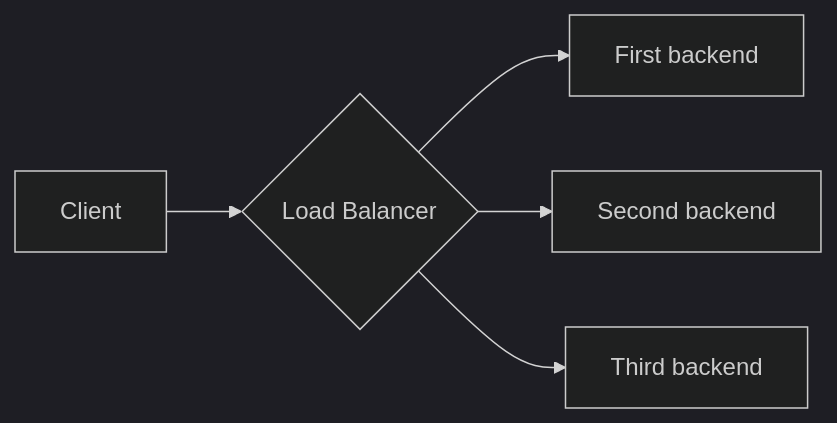
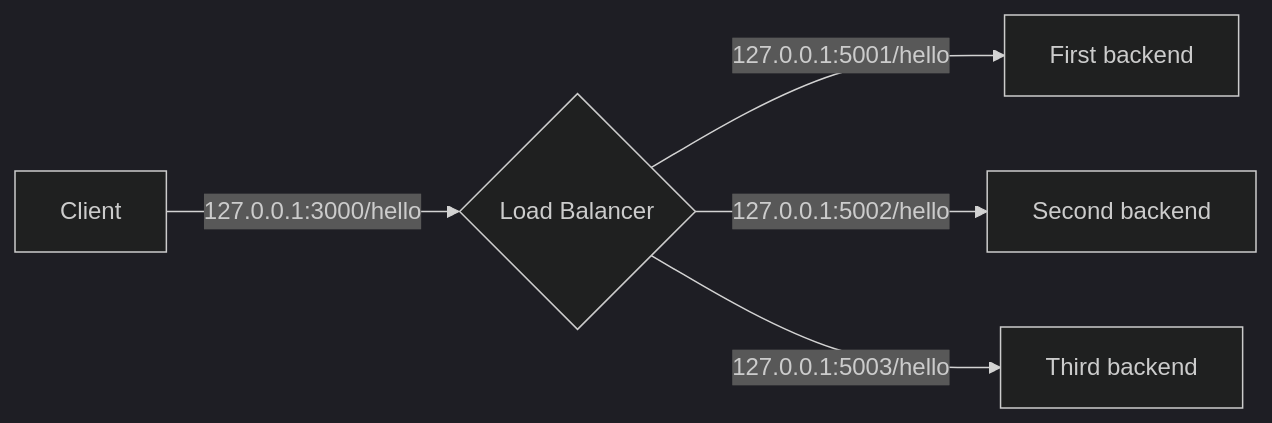
The diagram in example/README.md (natae/golang_LoadBalancer), drawn with Mermaid (dark theme) before and after one commit.

````diff
--- a/example/README.md
+++ b/example/README.md
@@ -3,7 +3,7 @@
 ```mermaid
 graph LR
-A[Client] -->B{Load Balancer}    
-    B -->C[First backend]
-    B -->D[Second backend]
-    B -->E[Third backend]
+A[Client] -->|127.0.0.1:3000/hello| B{Load Balancer}    
+    B -->|127.0.0.1:5001/hello| C[First backend]
+    B -->|127.0.0.1:5002/hello| D[Second backend]
+    B -->|127.0.0.1:5003/hello| E[Third backend]
 ```
````
